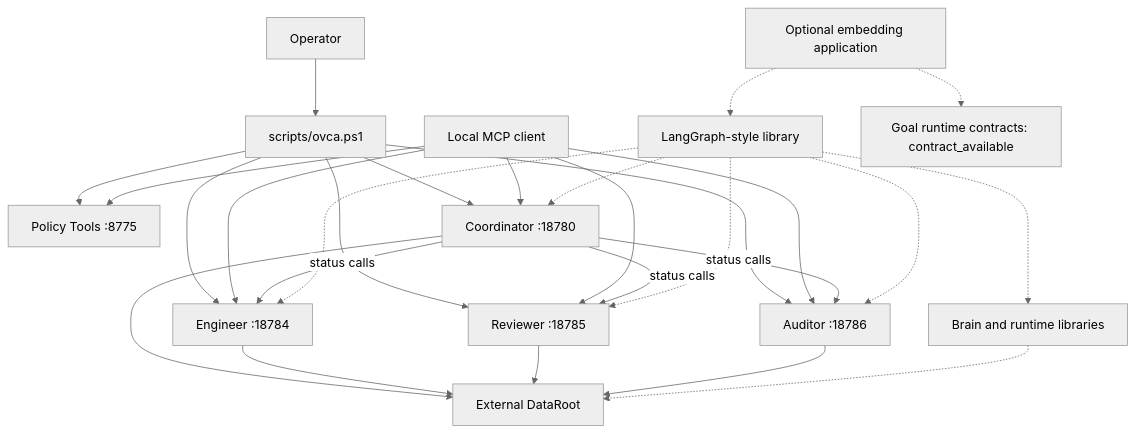
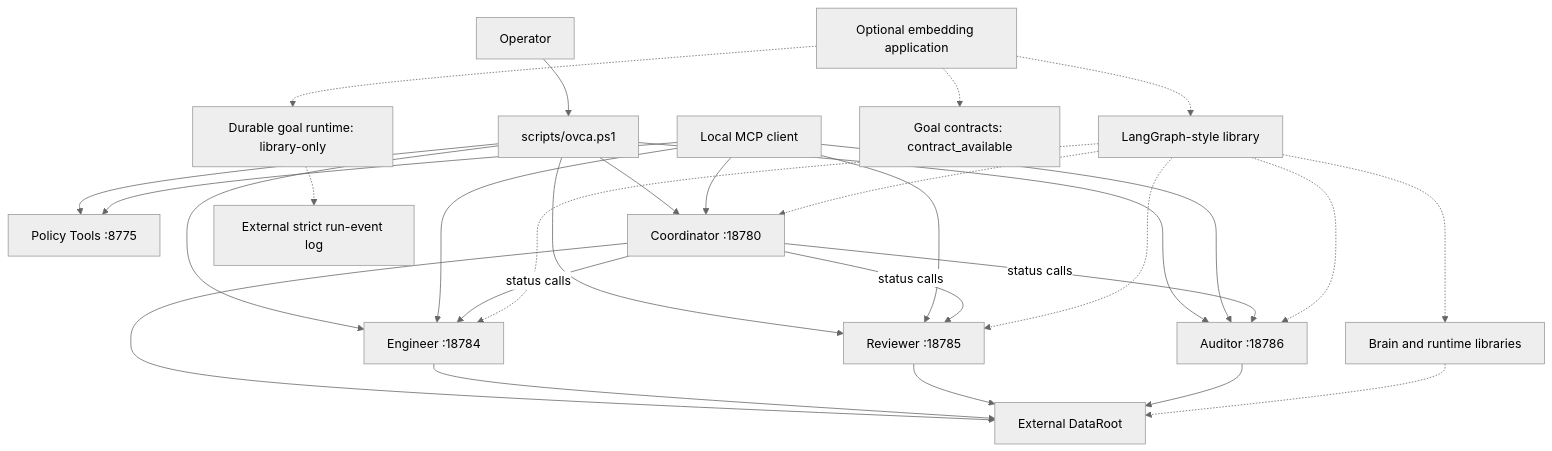
One commit to nattawatpuntachot52/ovca-core changed the first of 14 diagrams in docs/system-workflows.md. Above: the diagram before and after it, drawn with Mermaid (neutral theme). The commit also changed other lines of this file and 14 other files, not shown here.

````diff
--- a/docs/system-workflows.md
+++ b/docs/system-workflows.md
@@ -47,33 +47,35 @@
 ```mermaid
 flowchart TD
     Operator["Operator"] --> Startup["scripts/ovca.ps1"]
     Startup --> Policy["Policy Tools :8775"]
     Startup --> Coordinator["Coordinator :18780"]
     Startup --> Engineer["Engineer :18784"]
     Startup --> Reviewer["Reviewer :18785"]
     Startup --> Auditor["Auditor :18786"]
 
     Client["Local MCP client"] --> Coordinator
     Client --> Policy
     Client --> Engineer
     Client --> Reviewer
     Client --> Auditor
 
     Coordinator -->|"status calls"| Engineer
     Coordinator -->|"status calls"| Reviewer
     Coordinator -->|"status calls"| Auditor
 
     Coordinator --> ExternalData["External DataRoot"]
     Engineer --> ExternalData
     Reviewer --> ExternalData
     Auditor --> ExternalData
 
     EmbeddingApp["Optional embedding application"] -.-> Graph["LangGraph-style library"]
-    EmbeddingApp -.-> GoalContracts["Goal runtime contracts: contract_available"]
+    EmbeddingApp -.-> GoalContracts["Goal contracts: contract_available"]
+    EmbeddingApp -.-> GoalRuntime["Durable goal runtime: library-only"]
+    GoalRuntime -.-> RunEvents["External strict run-event log"]
     Graph -.-> Coordinator
     Graph -.-> Engineer
     Graph -.-> Reviewer
     Graph -.-> Auditor
     Graph -.-> Brain["Brain and runtime libraries"]
     Brain -.-> ExternalData
 ```
````
